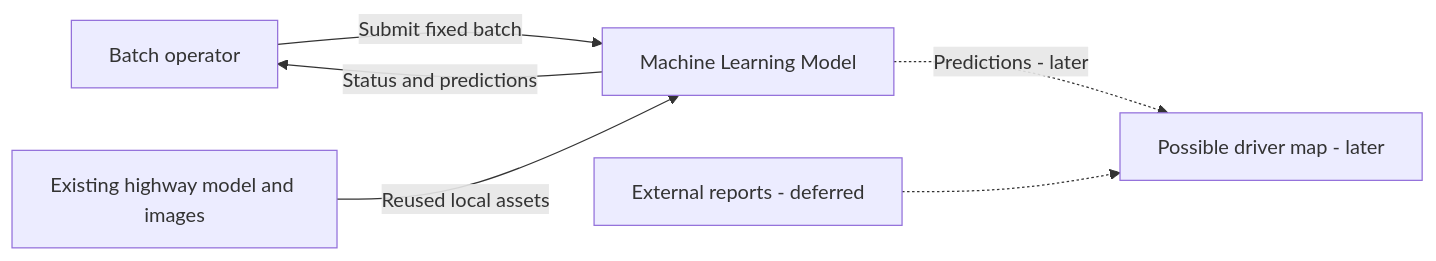
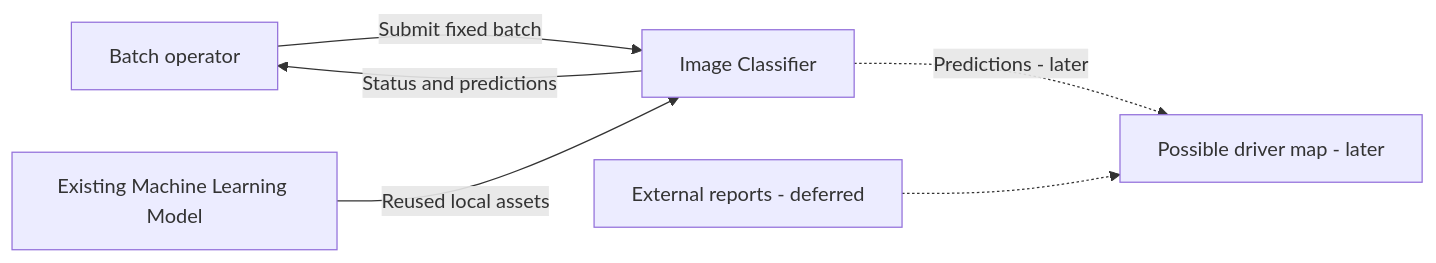
One commit to tanviriss/csc59866-fall2026-senior-project-group changed the first of 2 diagrams in DESIGN.md. Above: the diagram before and after it, drawn with Mermaid.

````diff
--- a/DESIGN.md
+++ b/DESIGN.md
@@ -106,8 +106,8 @@
 ```mermaid
 flowchart LR
-  O[Batch operator] -->|Submit fixed batch| S[Machine Learning Model]
+  O[Batch operator] -->|Submit fixed batch| S[Image Classifier]
   S -->|Status and predictions| O
-  M[Existing highway model and images] -->|Reused local assets| S
+  M[Existing Machine Learning Model] -->|Reused local assets| S
   W[External reports - deferred] -.-> F[Possible driver map - later]
   S -.->|Predictions - later| F
 ```
````
